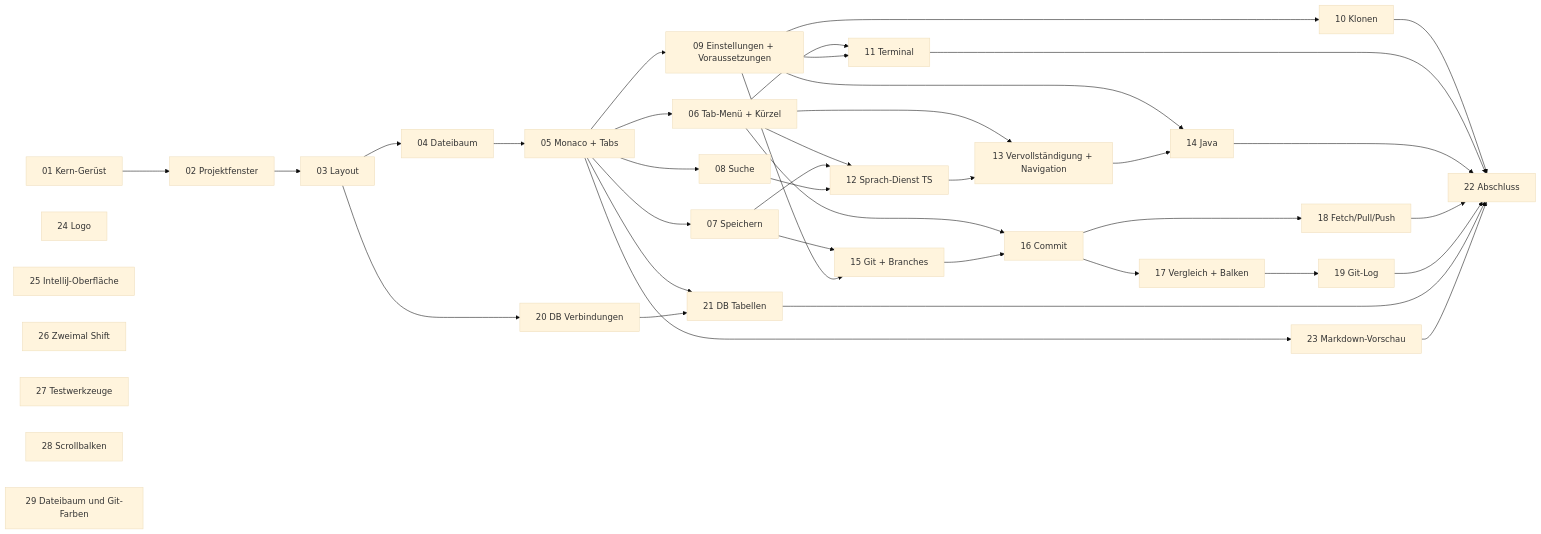
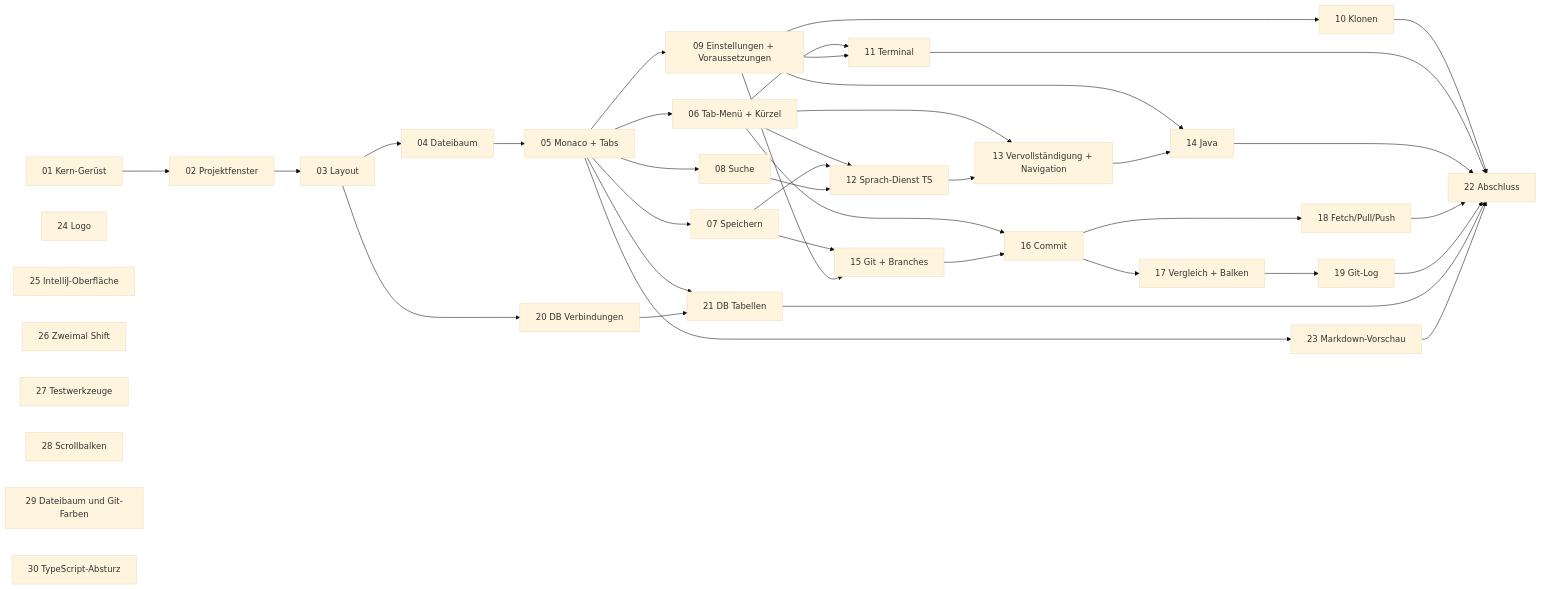
Before and after one commit to BonomoAlessandro/codium: the diagram in docs/tickets/README.md, drawn with Mermaid (base theme). The commit also changed other lines of this file and 1 other file, not shown here.

First line of the commit message:
Ticket 30: TypeScript-Server stürzt in einem Java-Projekt mit Web-Oberfläche ab

````diff
--- a/docs/tickets/README.md
+++ b/docs/tickets/README.md
@@ -104,45 +105,46 @@
 ```mermaid
 flowchart LR
   T01[01 Kern-Gerüst] --> T02[02 Projektfenster]
   T02 --> T03[03 Layout]
   T03 --> T04[04 Dateibaum]
   T04 --> T05[05 Monaco + Tabs]
   T05 --> T06[06 Tab-Menü + Kürzel]
   T05 --> T07[07 Speichern]
   T05 --> T08[08 Suche]
   T05 --> T09[09 Einstellungen + Voraussetzungen]
   T09 --> T10[10 Klonen]
   T06 --> T11[11 Terminal]
   T09 --> T11
   T06 --> T12[12 Sprach-Dienst TS]
   T07 --> T12
   T08 --> T12
   T06 --> T13[13 Vervollständigung + Navigation]
   T12 --> T13
   T09 --> T14[14 Java]
   T13 --> T14
   T07 --> T15[15 Git + Branches]
   T09 --> T15
   T06 --> T16[16 Commit]
   T15 --> T16
   T16 --> T17[17 Vergleich + Balken]
   T16 --> T18[18 Fetch/Pull/Push]
   T17 --> T19[19 Git-Log]
   T03 --> T20[20 DB Verbindungen]
   T05 --> T21[21 DB Tabellen]
   T20 --> T21
   T10 --> T22[22 Abschluss]
   T11 --> T22
   T14 --> T22
   T18 --> T22
   T19 --> T22
   T21 --> T22
   T05 --> T23[23 Markdown-Vorschau]
   T23 --> T22
   T24[24 Logo]
   T25[25 IntelliJ-Oberfläche]
   T26[26 Zweimal Shift]
   T27[27 Testwerkzeuge]
   T28[28 Scrollbalken]
   T29[29 Dateibaum und Git-Farben]
+  T30[30 TypeScript-Absturz]
 ```
````
